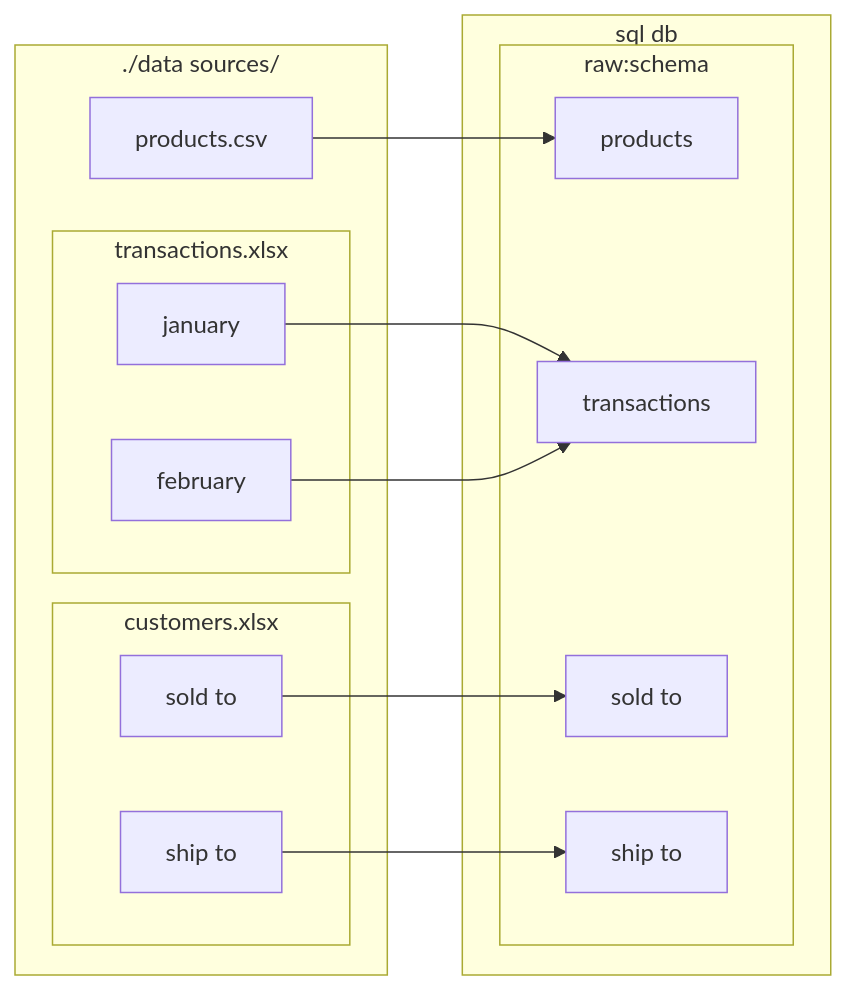
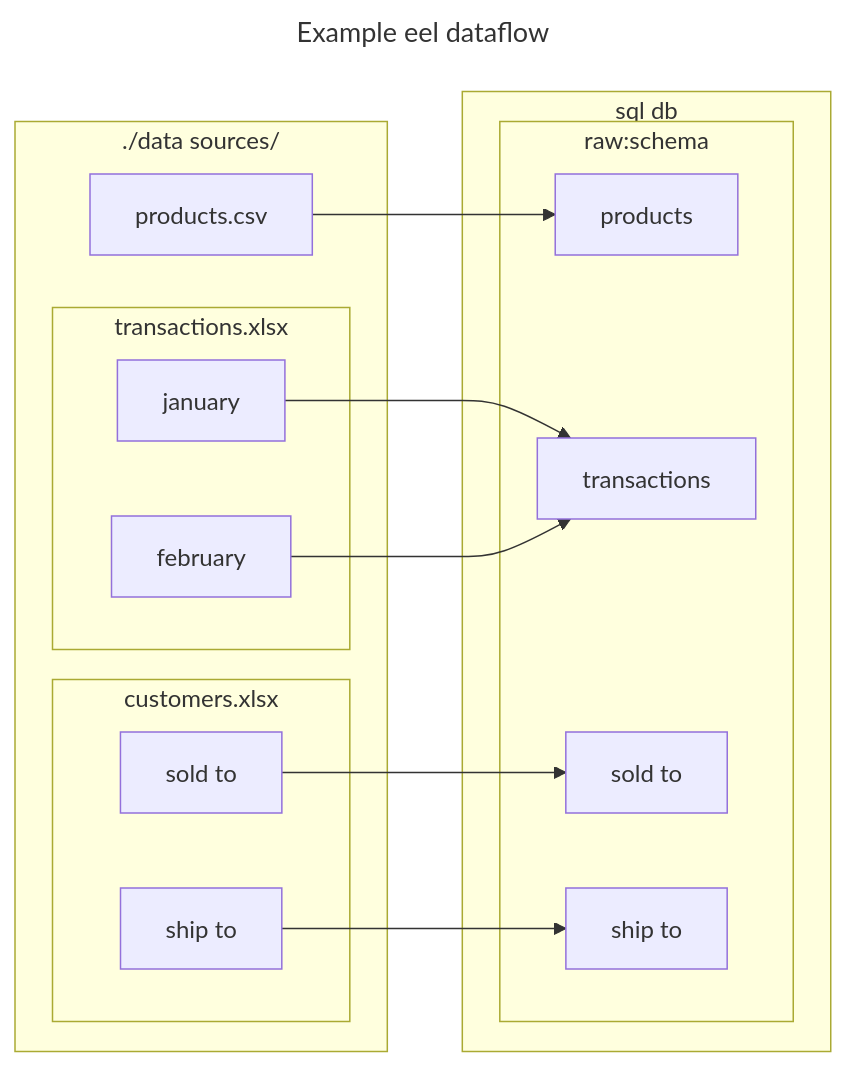
One commit to NathanDWalsh/els changed the third of 3 diagrams in README.md. Above: the diagram before and after it, drawn with Mermaid. The commit also changed other lines of this file, not shown here.

````diff
--- a/README.md
+++ b/README.md
@@ -191,23 +84,26 @@
 ```mermaid
+---
+title: Example eel dataflow
+---
 graph LR
 subgraph ./data sources/
     a1[products.csv]
     subgraph transactions.xlsx
         z1[january]
         y1[february]
     end
     subgraph customers.xlsx 
         x1[sold to]
         w1[ship to]
     end
 end
 subgraph sql db   
     subgraph raw:schema
         a1 --> b1[products]
         z1 --> d1[transactions]
         y1 --> d1
         x1 --> u1[sold to]
         w1 --> v1[ship to]
     end
 end
 ```
````
